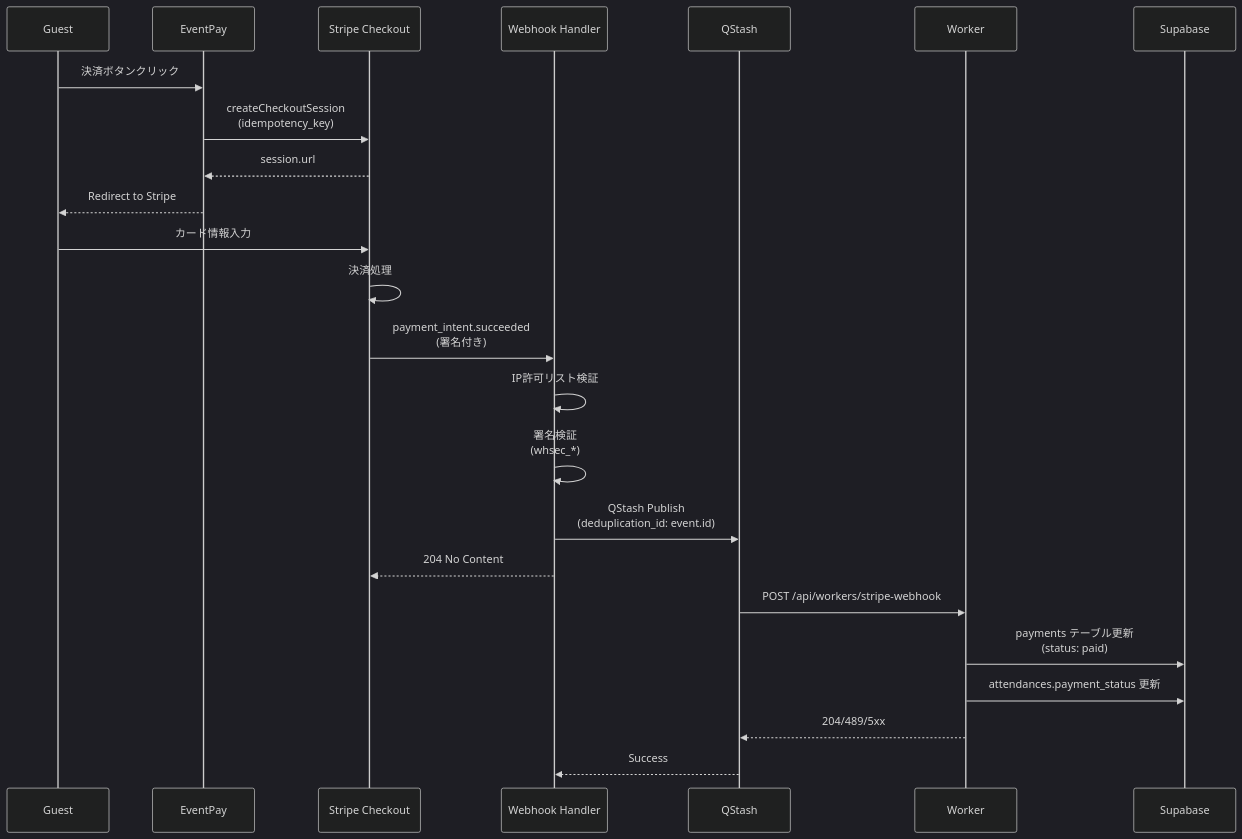
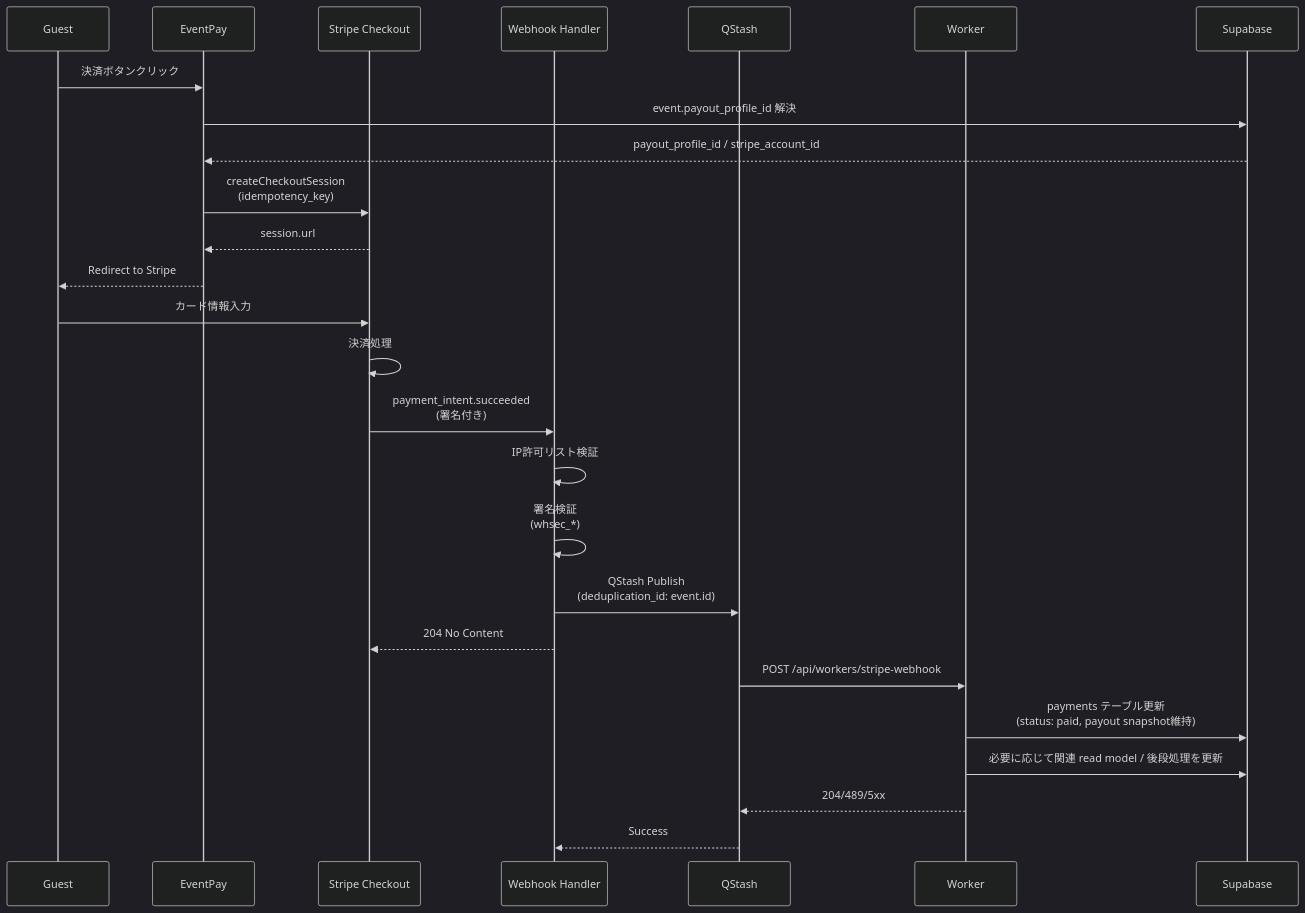
Before and after one commit to rytkhs/event-pay: the third of 3 diagrams in docs/architecture.md, drawn with Mermaid (dark theme). The commit also changed other lines of this file and 7 other files, not shown here.

````diff
--- a/docs/architecture.md
+++ b/docs/architecture.md
@@ -171,27 +172,29 @@
 ```mermaid
 sequenceDiagram
     participant G as Guest
     participant App as EventPay
     participant Stripe as Stripe Checkout
     participant WH as Webhook Handler
     participant Q as QStash
     participant W as Worker
     participant DB as Supabase
 
     G->>App: 決済ボタンクリック
+    App->>DB: event.payout_profile_id 解決
+    DB-->>App: payout_profile_id / stripe_account_id
     App->>Stripe: createCheckoutSession<br/>(idempotency_key)
     Stripe-->>App: session.url
     App-->>G: Redirect to Stripe
     G->>Stripe: カード情報入力
     Stripe->>Stripe: 決済処理
     Stripe->>WH: payment_intent.succeeded<br/>(署名付き)
     WH->>WH: IP許可リスト検証
     WH->>WH: 署名検証<br/>(whsec_*)
     WH->>Q: QStash Publish<br/>(deduplication_id: event.id)
     WH-->>Stripe: 204 No Content
     Q->>W: POST /api/workers/stripe-webhook
-    W->>DB: payments テーブル更新<br/>(status: paid)
-    W->>DB: attendances.payment_status 更新
+    W->>DB: payments テーブル更新<br/>(status: paid, payout snapshot維持)
+    W->>DB: 必要に応じて関連 read model / 後段処理を更新
     W-->>Q: 204/489/5xx
     Q-->>WH: Success
 ```
````
